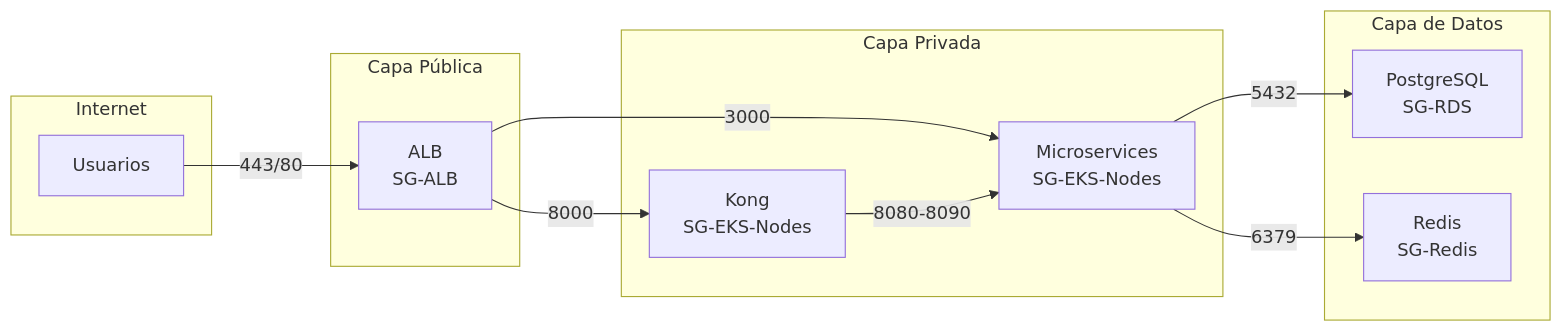
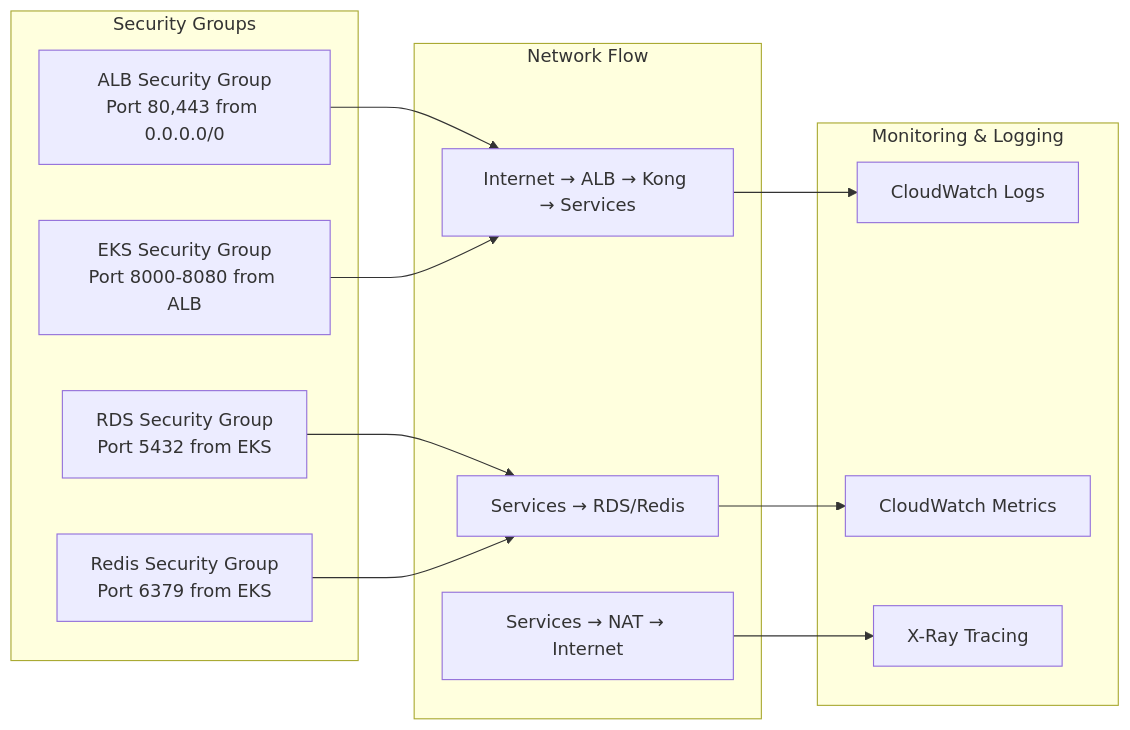
One commit to retrogamecloud/docs changed the second of 2 diagrams in infrastructure/aws-topology.mdx. Above: the diagram before and after it, drawn with Mermaid. The commit also changed other lines of this file and 33 other files, not shown here.

````diff
--- a/infrastructure/aws-topology.mdx
+++ b/infrastructure/aws-topology.mdx
@@ -181,27 +251,30 @@
 ```mermaid
 graph LR
-    subgraph Internet
-        Users[Usuarios]
+    subgraph Security[Security Groups]
+        SG_ALB[ALB Security Group<br/>Port 80,443 from 0.0.0.0/0]
+        SG_EKS[EKS Security Group<br/>Port 8000-8080 from ALB]
+        SG_RDS[RDS Security Group<br/>Port 5432 from EKS]
+        SG_REDIS[Redis Security Group<br/>Port 6379 from EKS]
     end
+
+    subgraph Network[Network Flow]
+        ALB_FLOW[Internet → ALB → Kong → Services]
+        DB_FLOW[Services → RDS/Redis]
+        EGRESS[Services → NAT → Internet]
+    end
+
+    subgraph Monitoring[Monitoring & Logging]
+        CW[CloudWatch Logs]
+        CW_METRICS[CloudWatch Metrics]
+        XR[X-Ray Tracing]
+    end
+
+    SG_ALB --> ALB_FLOW
+    SG_EKS --> ALB_FLOW
+    SG_RDS --> DB_FLOW
+    SG_REDIS --> DB_FLOW
     
-    subgraph PublicLayer[Capa Pública]
-        ALB[ALB<br/>SG-ALB]
-    end
-    
-    subgraph PrivateLayer[Capa Privada]
-        Kong[Kong<br/>SG-EKS-Nodes]
-        Services[Microservices<br/>SG-EKS-Nodes]
-    end
-    
-    subgraph DataLayer[Capa de Datos]
-        RDS[PostgreSQL<br/>SG-RDS]
-        Redis[Redis<br/>SG-Redis]
-    end
-    
-    Users -->|443/80| ALB
-    ALB -->|8000| Kong
-    ALB -->|3000| Services
-    Kong -->|8080-8090| Services
-    Services -->|5432| RDS
-    Services -->|6379| Redis
+    ALB_FLOW --> CW
+    DB_FLOW --> CW_METRICS
+    EGRESS --> XR
 ```
````
